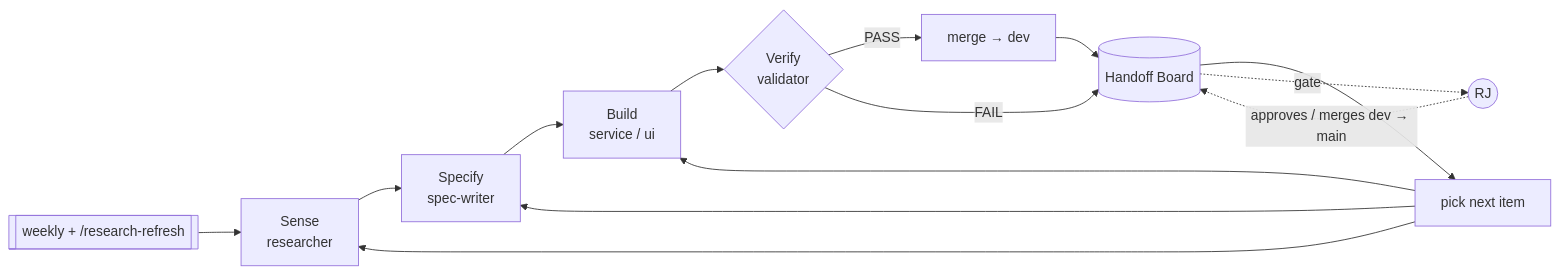
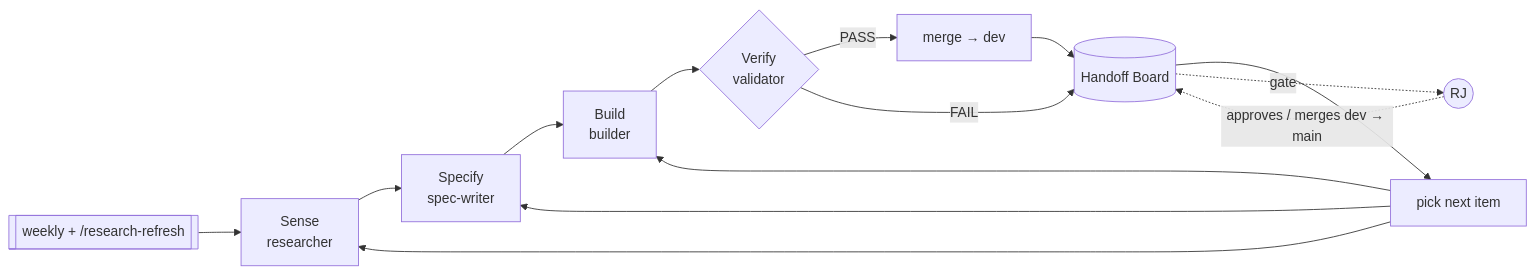
Before and after one commit to Rayven-D/RiftboundDeckBuilder: the diagram in brain/07-Loop/Loop Protocol.md, drawn with Mermaid. The commit also changed other lines of this file and 14 other files, not shown here.

First line of the commit message:
Agents: one builder agent replaces service-builder and ui-builder

````diff
--- a/brain/07-Loop/Loop Protocol.md
+++ b/brain/07-Loop/Loop Protocol.md
@@ -11,14 +11,14 @@
 ```mermaid
 flowchart LR
   Sense[Sense<br/>researcher] --> Spec[Specify<br/>spec-writer]
-  Spec --> Build[Build<br/>service / ui]
+  Spec --> Build[Build<br/>builder]
   Build --> Verify{Verify<br/>validator}
   Verify -- PASS --> Merge[merge → dev]
   Verify -- FAIL --> Board[(Handoff Board)]
   Merge --> Board
   Board --> Pick[pick next item]
   Pick --> Sense & Spec & Build
   Board -. gate .-> RJ((RJ))
   RJ -. approves / merges dev → main .-> Board
   Cron[[weekly + /research-refresh]] --> Sense
 ```
````
